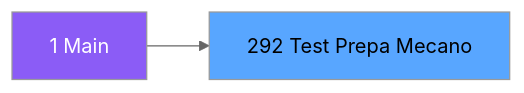
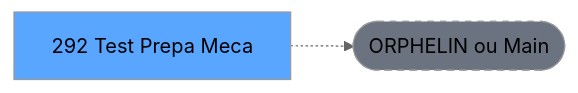
The second of 3 diagrams in .openspec/renders/ADH-IDE-292.md (thonyAGP/lecteur-magic), drawn with Mermaid (neutral theme) before and after one commit. The commit also changed other lines of this file and 701 other files, not shown here.

````diff
--- a/.openspec/renders/ADH-IDE-292.md
+++ b/.openspec/renders/ADH-IDE-292.md
@@ -109,8 +117,8 @@
 ```mermaid
 graph LR
-    M[1 Main]
-    T[292 Test Prepa Mecano]
-    M --> T
-    style M fill:#8b5cf6,color:#fff
+    T[292 Test Prepa Meca]
+    ORPHAN([ORPHELIN ou Main])
+    T -.-> ORPHAN
     style T fill:#58a6ff,color:#000
+    style ORPHAN fill:#6b7280,stroke-dasharray: 5 5
 ```
````
